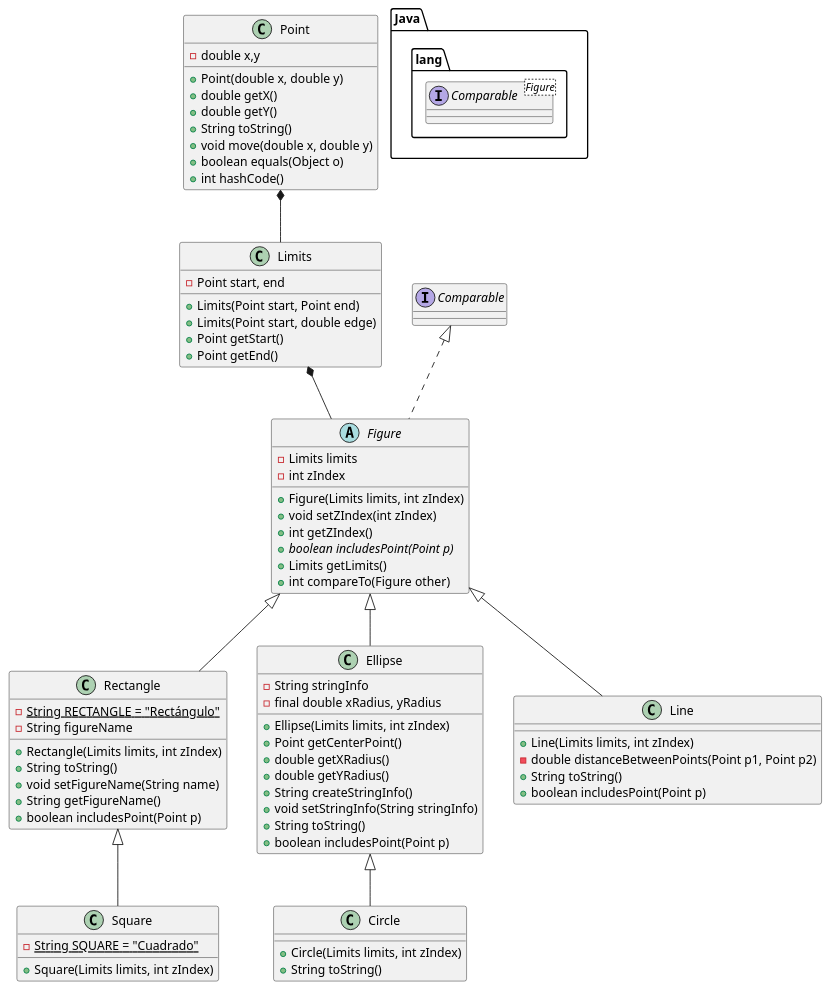
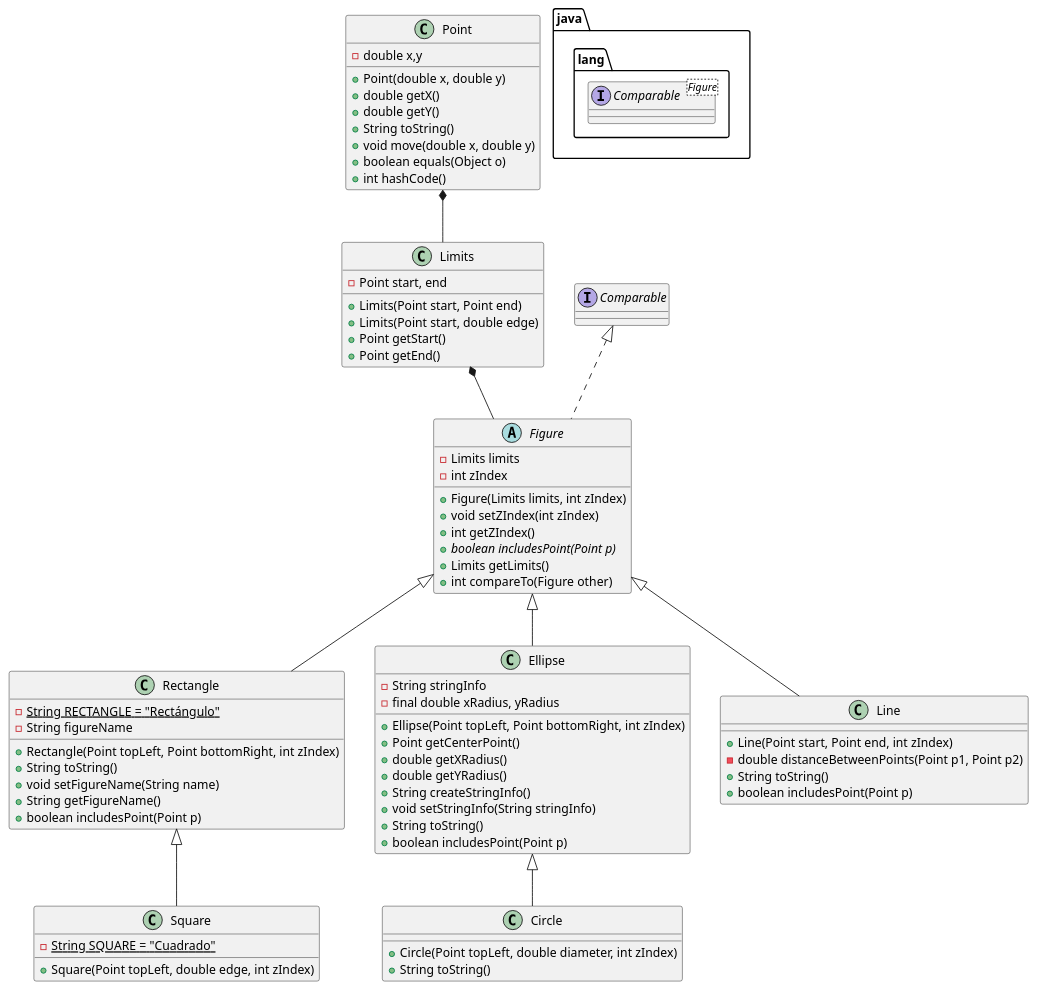
The diagram in src/uml/modelUML.puml (alejofl/java-paint), drawn with PlantUML before and after one commit. The commit also changed 15 other files, not shown here.

```diff
--- a/src/uml/modelUML.puml
+++ b/src/uml/modelUML.puml
@@ -1,87 +1,87 @@
 @startuml
 'https://plantuml.com/class-diagram
 
-package Java.lang <<Folder>>{
+package java.lang <<Folder>>{
     interface Comparable<Figure>
 }
 
 class Point {
     - double x,y
 
     + Point(double x, double y)
     + double getX()
     + double getY()
     + String toString()
     + void move(double x, double y)
     + boolean equals(Object o)
     + int hashCode()
 }
 
 class Limits {
     - Point start, end
 
     + Limits(Point start, Point end)
     + Limits(Point start, double edge)
     + Point getStart()
     + Point getEnd()
 }
 
 Point *-- Limits
 
 abstract class Figure implements Comparable {
     - Limits limits
     - int zIndex
 
     + Figure(Limits limits, int zIndex)
     + void setZIndex(int zIndex)
     + int getZIndex()
     + {abstract} boolean includesPoint(Point p)
     + Limits getLimits()
     + int compareTo(Figure other)
 }
 
 Limits *-- Figure
 
 class Rectangle extends Figure {
     - <u>String RECTANGLE = "Rectángulo"
     - String figureName
 
-    + Rectangle(Limits limits, int zIndex)
+    + Rectangle(Point topLeft, Point bottomRight, int zIndex)
     + String toString()
     + void setFigureName(String name)
     + String getFigureName()
     + boolean includesPoint(Point p)
 }
 
 class Square extends Rectangle {
     - <u>String SQUARE = "Cuadrado"
-    + Square(Limits limits, int zIndex)
+    + Square(Point topLeft, double edge, int zIndex)
 }
 
 class Ellipse extends Figure {
     - String stringInfo
     - final double xRadius, yRadius
 
-    + Ellipse(Limits limits, int zIndex)
+    + Ellipse(Point topLeft, Point bottomRight, int zIndex)
     + Point getCenterPoint()
     + double getXRadius()
     + double getYRadius()
     + String createStringInfo()
     + void setStringInfo(String stringInfo)
     + String toString()
     + boolean includesPoint(Point p)
 }
 
 class Circle extends Ellipse {
-    + Circle(Limits limits, int zIndex)
+    + Circle(Point topLeft, double diameter, int zIndex)
     + String toString()
 }
 
 class Line extends Figure {
-    + Line(Limits limits, int zIndex)
+    + Line(Point start, Point end, int zIndex)
     - double distanceBetweenPoints(Point p1, Point p2)
     + String toString()
     + boolean includesPoint(Point p)
 }
 
 @enduml
```
